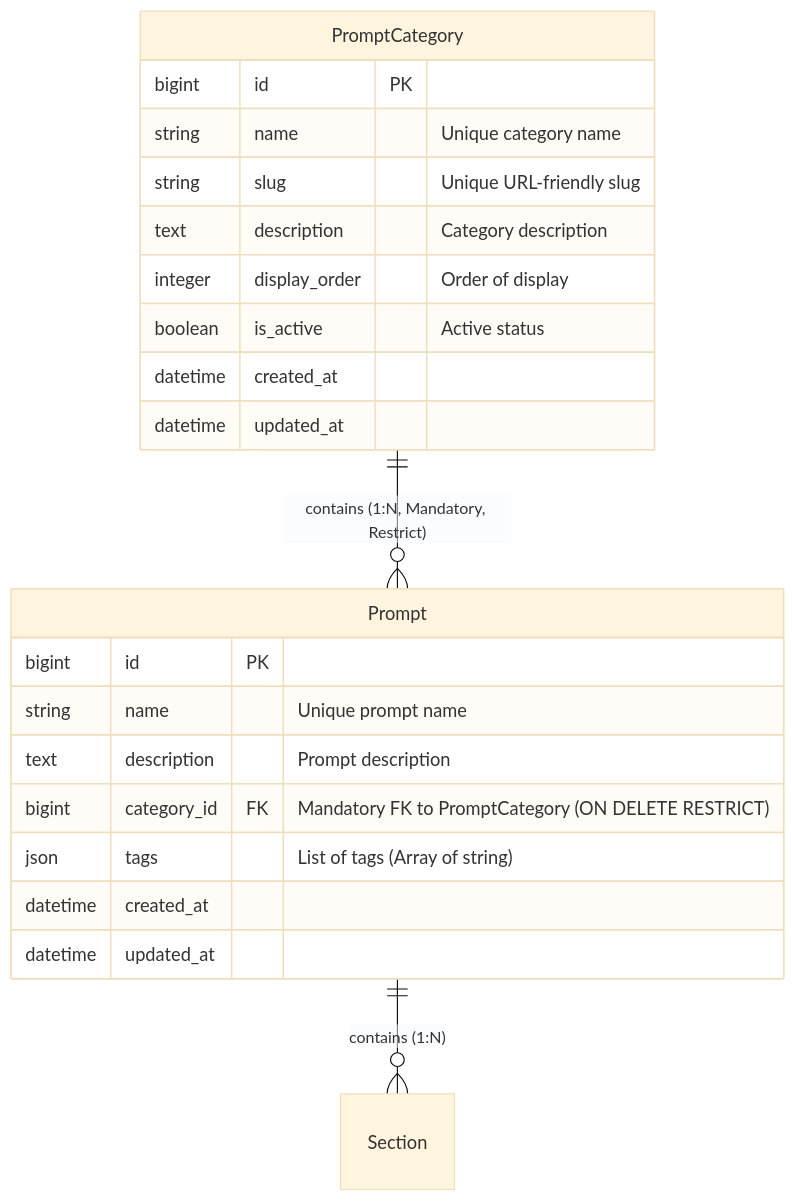
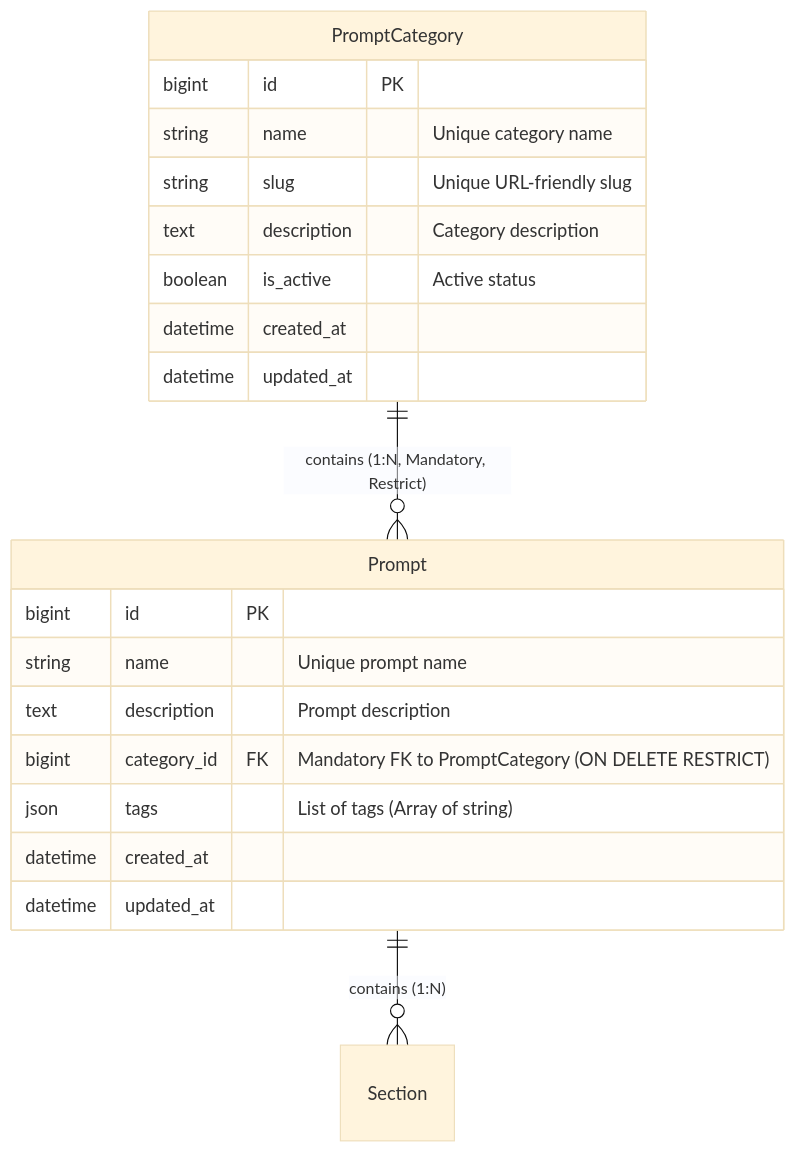
Before and after one commit to beyondVS/promptkit: the diagram in specs/005-prompt-category-api/data-model.md, drawn with Mermaid (base theme). The commit also changed other lines of this file and 3 other files, not shown here.

First line of the commit message:
refactor(spec): PromptCategory 모델에서 display_order 필드 제거 및 스펙 단순화

````diff
--- a/specs/005-prompt-category-api/data-model.md
+++ b/specs/005-prompt-category-api/data-model.md
@@ -7,26 +7,25 @@
 ```mermaid
 erDiagram
     PromptCategory ||--o{ Prompt : "contains (1:N, Mandatory, Restrict)"
     Prompt ||--o{ Section : "contains (1:N)"
 
     PromptCategory {
         bigint id PK
         string name "Unique category name"
         string slug "Unique URL-friendly slug"
         text description "Category description"
-        integer display_order "Order of display"
         boolean is_active "Active status"
         datetime created_at
         datetime updated_at
     }
 
     Prompt {
         bigint id PK
         string name "Unique prompt name"
         text description "Prompt description"
         bigint category_id FK "Mandatory FK to PromptCategory (ON DELETE RESTRICT)"
         json tags "List of tags (Array of string)"
         datetime created_at
         datetime updated_at
     }
 ```
````
